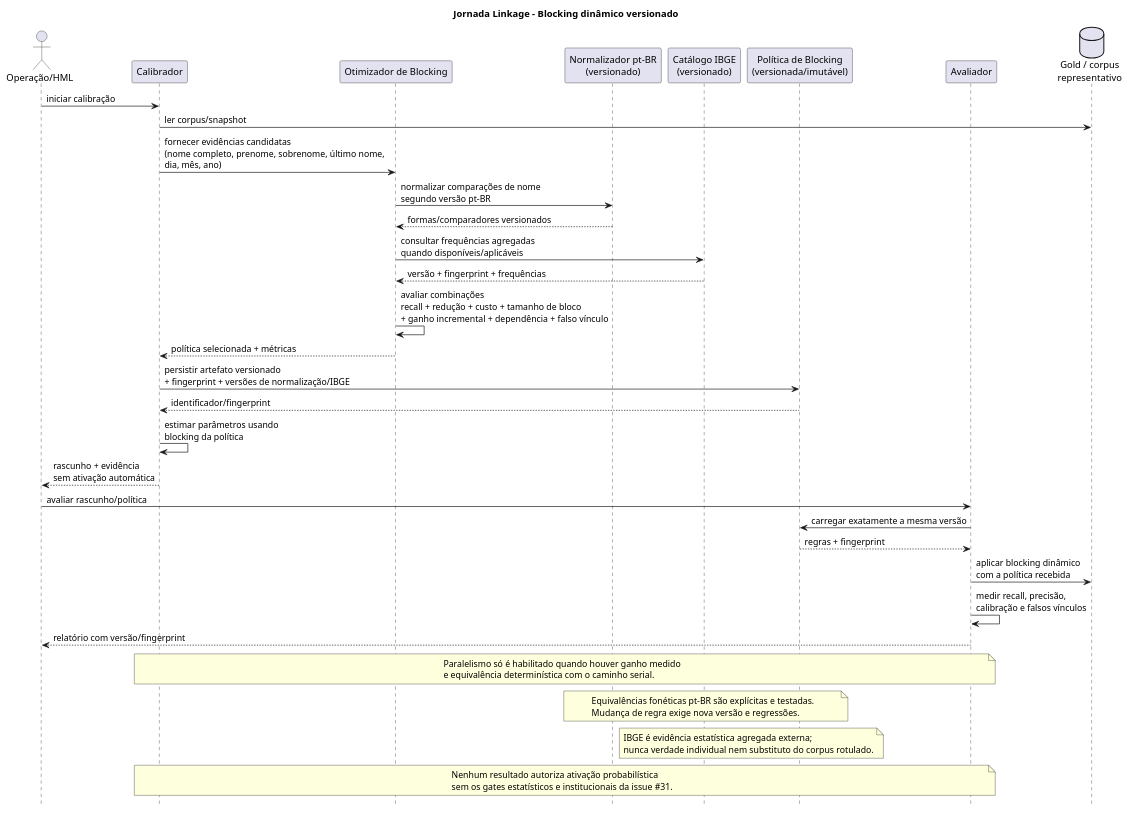
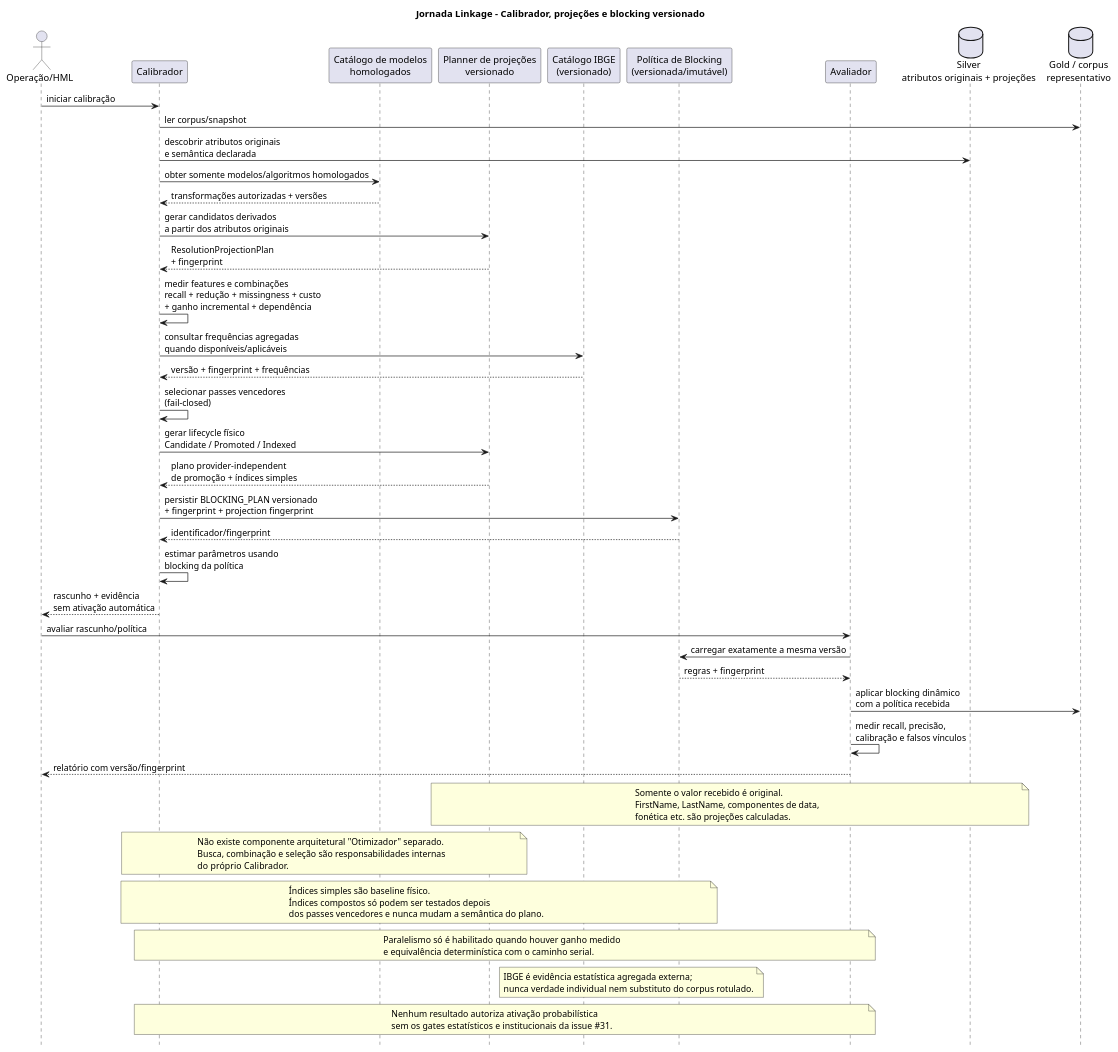
The diagram in Solution/docs/uml/Linkage_Dynamic_Blocking_Sequence.puml (lucianox777/Jornada), drawn with PlantUML before and after one commit.

Commit message:
docs(calibrador): collapse optimizer into calibrator UML

```diff
--- a/Solution/docs/uml/Linkage_Dynamic_Blocking_Sequence.puml
+++ b/Solution/docs/uml/Linkage_Dynamic_Blocking_Sequence.puml
@@ -1,54 +1,73 @@
 @startuml
 hide footbox
-title Jornada Linkage - Blocking dinâmico versionado
+title Jornada Linkage - Calibrador, projeções e blocking versionado
 
 actor "Operação/HML" as Ops
 participant "Calibrador" as Cal
-participant "Otimizador de Blocking" as Opt
-participant "Normalizador pt-BR\n(versionado)" as Norm
+participant "Catálogo de modelos\nhomologados" as Catalog
+participant "Planner de projeções\nversionado" as Projection
 participant "Catálogo IBGE\n(versionado)" as Ibge
 participant "Política de Blocking\n(versionada/imutável)" as Policy
 participant "Avaliador" as Eval
+database "Silver\natributos originais + projeções" as Silver
 database "Gold / corpus\nrepresentativo" as Gold
 
 Ops -> Cal : iniciar calibração
 Cal -> Gold : ler corpus/snapshot
-Cal -> Opt : fornecer evidências candidatas\n(nome completo, prenome, sobrenome, último nome,\ndia, mês, ano)
-Opt -> Norm : normalizar comparações de nome\nsegundo versão pt-BR
-Norm --> Opt : formas/comparadores versionados
-Opt -> Ibge : consultar frequências agregadas\nquando disponíveis/aplicáveis
-Ibge --> Opt : versão + fingerprint + frequências
-Opt -> Opt : avaliar combinações\nrecall + redução + custo + tamanho de bloco\n+ ganho incremental + dependência + falso vínculo
-Opt --> Cal : política selecionada + métricas
-Cal -> Policy : persistir artefato versionado\n+ fingerprint + versões de normalização/IBGE
+Cal -> Silver : descobrir atributos originais\ne semântica declarada
+Cal -> Catalog : obter somente modelos/algoritmos homologados
+Catalog --> Cal : transformações autorizadas + versões
+Cal -> Projection : gerar candidatos derivados\na partir dos atributos originais
+Projection --> Cal : ResolutionProjectionPlan\n+ fingerprint
+
+Cal -> Cal : medir features e combinações\nrecall + redução + missingness + custo\n+ ganho incremental + dependência
+Cal -> Ibge : consultar frequências agregadas\nquando disponíveis/aplicáveis
+Ibge --> Cal : versão + fingerprint + frequências
+Cal -> Cal : selecionar passes vencedores\n(fail-closed)
+Cal -> Projection : gerar lifecycle físico\nCandidate / Promoted / Indexed
+Projection --> Cal : plano provider-independent\nde promoção + índices simples
+Cal -> Policy : persistir BLOCKING_PLAN versionado\n+ fingerprint + projection fingerprint
 Policy --> Cal : identificador/fingerprint
 Cal -> Cal : estimar parâmetros usando\nblocking da política
 Cal --> Ops : rascunho + evidência\nsem ativação automática
 
 Ops -> Eval : avaliar rascunho/política
 Eval -> Policy : carregar exatamente a mesma versão
 Policy --> Eval : regras + fingerprint
 Eval -> Gold : aplicar blocking dinâmico\ncom a política recebida
 Eval -> Eval : medir recall, precisão,\ncalibração e falsos vínculos
 Eval --> Ops : relatório com versão/fingerprint
 
+note over Silver,Projection
+Somente o valor recebido é original.
+FirstName, LastName, componentes de data,
+fonética etc. são projeções calculadas.
+end note
+
+note over Cal,Projection
+Não existe componente arquitetural "Otimizador" separado.
+Busca, combinação e seleção são responsabilidades internas
+do próprio Calibrador.
+end note
+
+note over Cal,Policy
+Índices simples são baseline físico.
+Índices compostos só podem ser testados depois
+dos passes vencedores e nunca mudam a semântica do plano.
+end note
+
 note over Cal,Eval
 Paralelismo só é habilitado quando houver ganho medido
 e equivalência determinística com o caminho serial.
-end note
-
-note over Norm,Policy
-Equivalências fonéticas pt-BR são explícitas e testadas.
-Mudança de regra exige nova versão e regressões.
 end note
 
 note over Ibge,Policy
 IBGE é evidência estatística agregada externa;
 nunca verdade individual nem substituto do corpus rotulado.
 end note
 
 note over Cal,Eval
 Nenhum resultado autoriza ativação probabilística
 sem os gates estatísticos e institucionais da issue #31.
 end note
 @enduml
```
